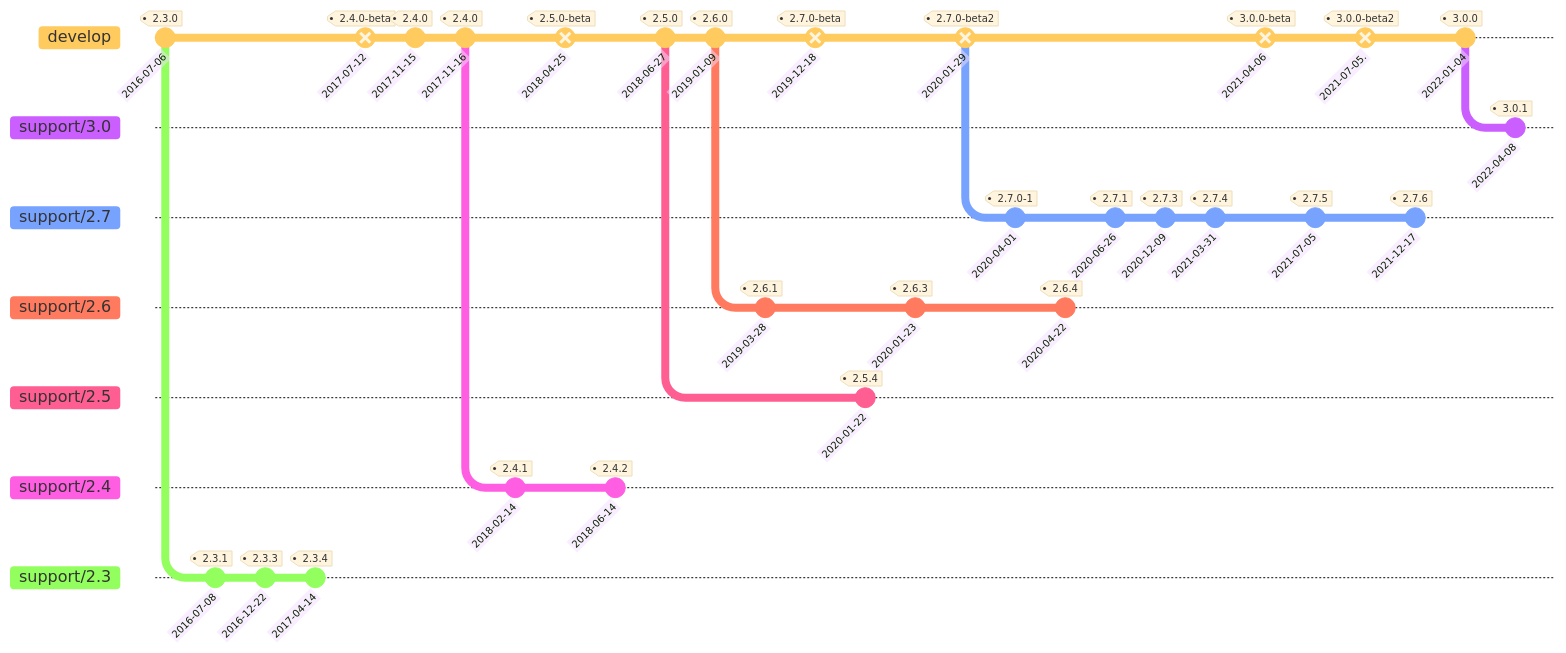
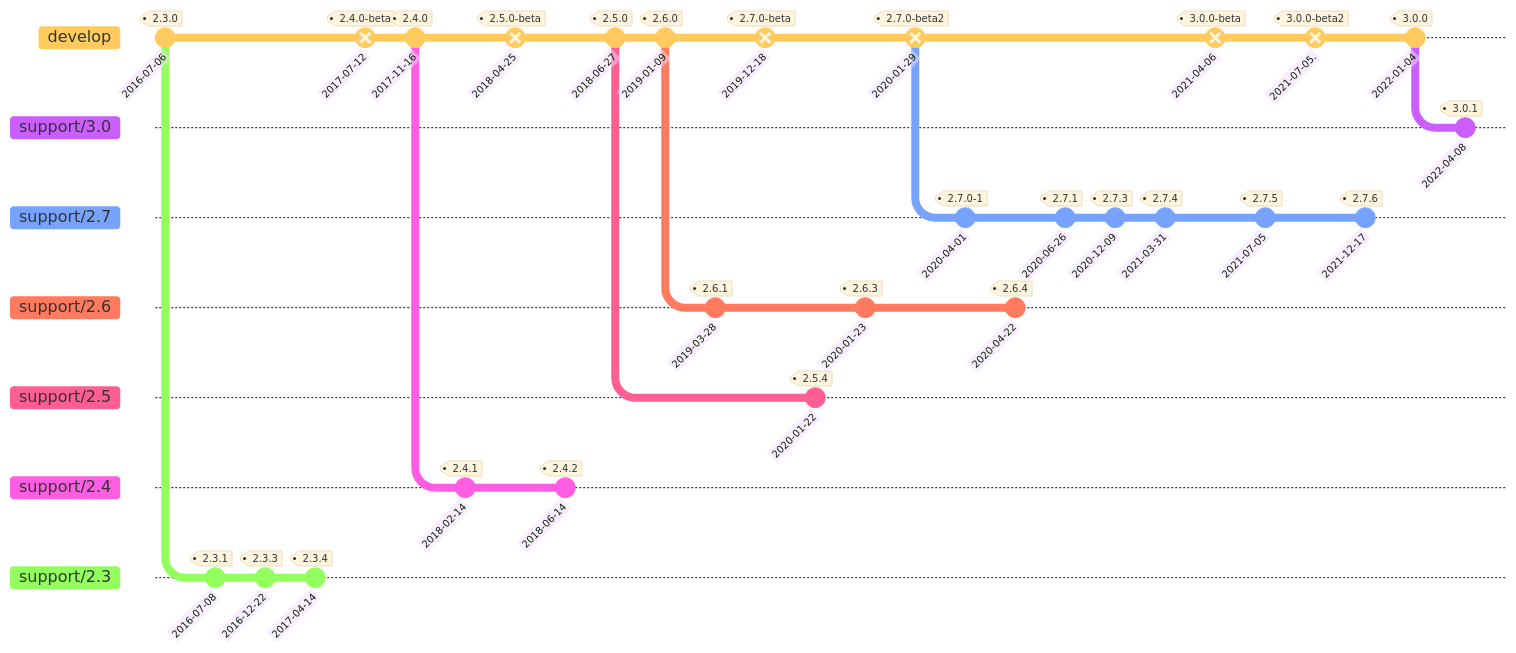
One commit to Combodo/iTop changed the diagram in itop-version-history.md. Above: the diagram before and after it, drawn with Mermaid.

Commit message:
:memo: Version history : remove duplicated 2.4.0 tag

````diff
--- a/itop-version-history.md
+++ b/itop-version-history.md
@@ -3,56 +3,55 @@
 ```mermaid
 %%{init: { 'logLevel': 'debug', 'theme': 'base', 'gitGraph': {'showBranches': true,'mainBranchName': 'develop'}} }%%
 gitGraph
     commit id: "2016-07-06" tag: "2.3.0"
     branch support/2.3 order: 900
     commit id: "2016-07-08" tag: "2.3.1"
     commit id: "2016-12-22" tag: "2.3.3"
     commit id: "2017-04-14" tag: "2.3.4"
     checkout develop
     commit id: "2017-07-12" tag: "2.4.0-beta" type: REVERSE
-    commit id: "2017-11-15" tag: "2.4.0"
     commit id: "2017-11-16" tag: "2.4.0"
     branch support/2.4 order: 890
     commit id: "2018-02-14" tag: "2.4.1"
     checkout develop
     commit id: "2018-04-25" tag: "2.5.0-beta" type: REVERSE
     checkout support/2.4
     commit id: "2018-06-14" tag: "2.4.2"
     checkout develop
     commit id: "2018-06-27" tag: "2.5.0"
     branch support/2.5 order: 880
     checkout develop
     commit id: "2019-01-09" tag: "2.6.0"
     branch support/2.6 order: 870
     commit id: "2019-03-28" tag: "2.6.1"
     checkout develop
     commit id: "2019-12-18" tag: "2.7.0-beta" type: REVERSE
     checkout support/2.5
     commit id: "2020-01-22" tag: "2.5.4"
     checkout support/2.6
     commit id: "2020-01-23" tag: "2.6.3"
     checkout develop
     commit id: "2020-01-29" tag: "2.7.0-beta2" type: REVERSE
     branch support/2.7 order: 860
     commit id: "2020-04-01" tag: "2.7.0-1"
     checkout support/2.6
     commit id: "2020-04-22" tag: "2.6.4"
     checkout support/2.7
     commit id: "2020-06-26" tag: "2.7.1"
     checkout support/2.7
     commit id: "2020-12-09" tag: "2.7.3"
     commit id: "2021-03-31" tag: "2.7.4"
     checkout develop
     commit id: "2021-04-06" tag: "3.0.0-beta" type: REVERSE
     checkout support/2.7
     commit id: "2021-07-05" tag: "2.7.5"
     checkout develop
     commit id: "2021-07-05." tag: "3.0.0-beta2" type: REVERSE
     checkout support/2.7
     commit id: "2021-12-17" tag: "2.7.6"
     checkout develop
     commit id: "2022-01-04" tag: "3.0.0"
     branch support/3.0 order: 850
     commit id: "2022-04-08" tag: "3.0.1"
     checkout develop
 ```
````
